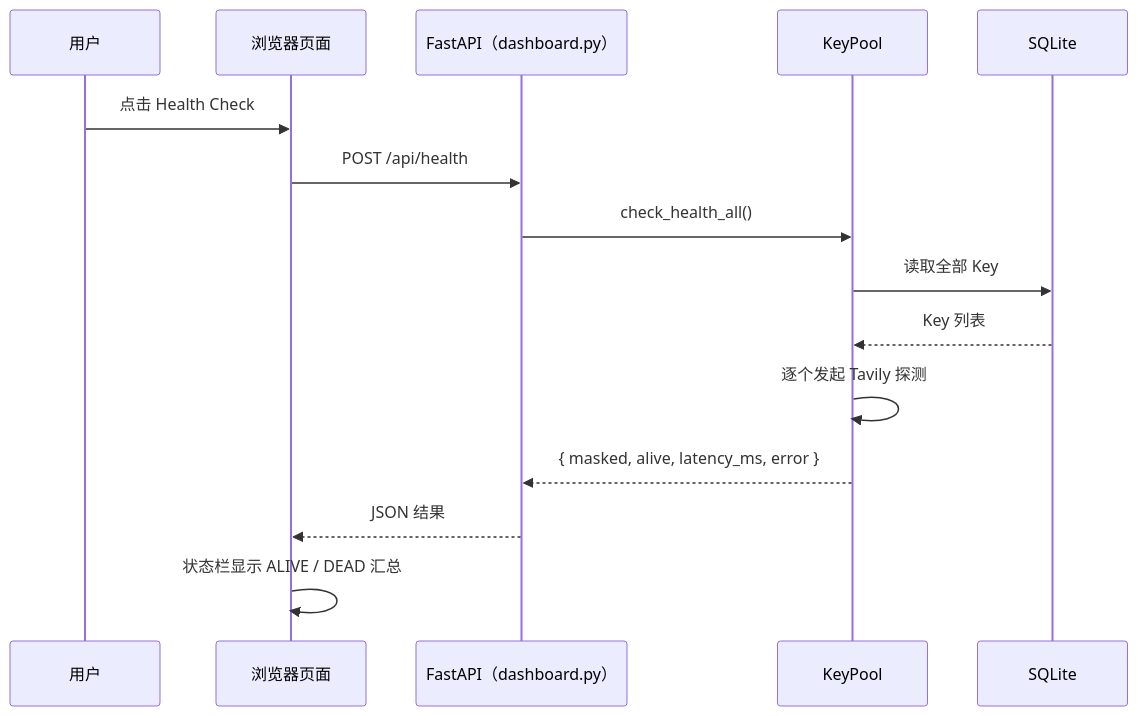
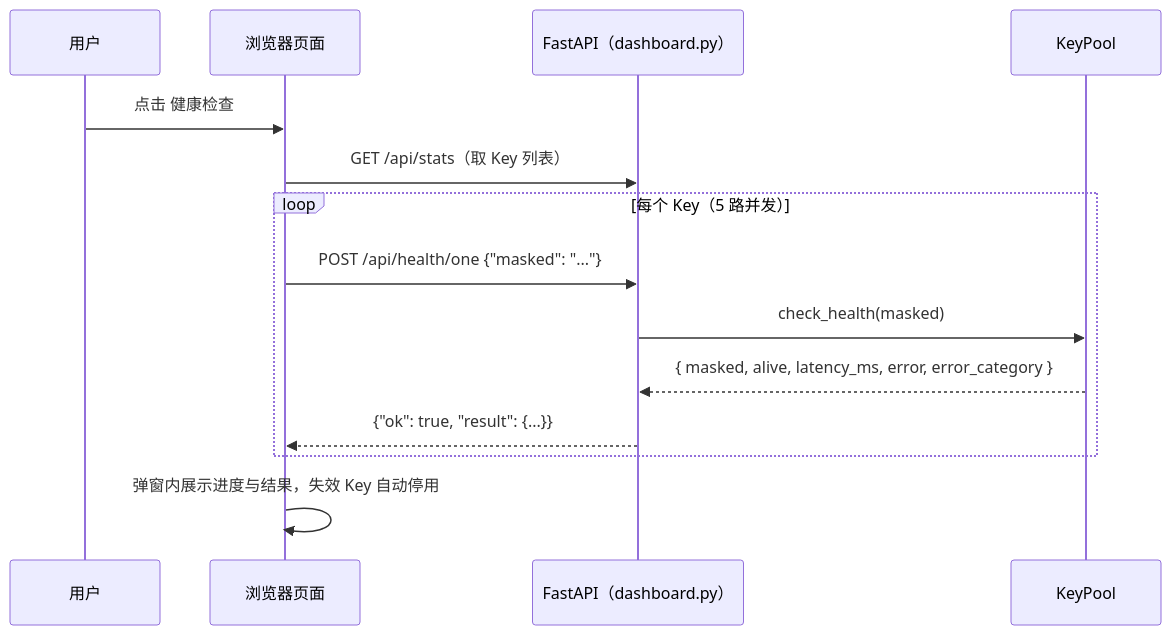
Before and after one commit to zylyes/tavily-key: the third of 3 diagrams in docs/wiki/Web控制台/Web控制台.md, drawn with Mermaid. The commit also changed other lines of this file and 16 other files, not shown here.

````diff
--- a/docs/wiki/Web控制台/Web控制台.md
+++ b/docs/wiki/Web控制台/Web控制台.md
@@ -181,18 +205,17 @@
 ```mermaid
 sequenceDiagram
     participant U as 用户
     participant B as 浏览器页面
     participant S as FastAPI（dashboard.py）
     participant P as KeyPool
-    participant D as SQLite
 
-    U->>B: 点击 Health Check
-    B->>S: POST /api/health
-    S->>P: check_health_all()
-    P->>D: 读取全部 Key
-    D-->>P: Key 列表
-    P->>P: 逐个发起 Tavily 探测
-    P-->>S: { masked, alive, latency_ms, error }
-    S-->>B: JSON 结果
-    B->>B: 状态栏显示 ALIVE / DEAD 汇总
+    U->>B: 点击 健康检查
+    B->>S: GET /api/stats（取 Key 列表）
+    loop 每个 Key（5 路并发）
+        B->>S: POST /api/health/one {"masked": "..."}
+        S->>P: check_health(masked)
+        P-->>S: { masked, alive, latency_ms, error, error_category }
+        S-->>B: {"ok": true, "result": {...}}
+    end
+    B->>B: 弹窗内展示进度与结果，失效 Key 自动停用
 ```
````
